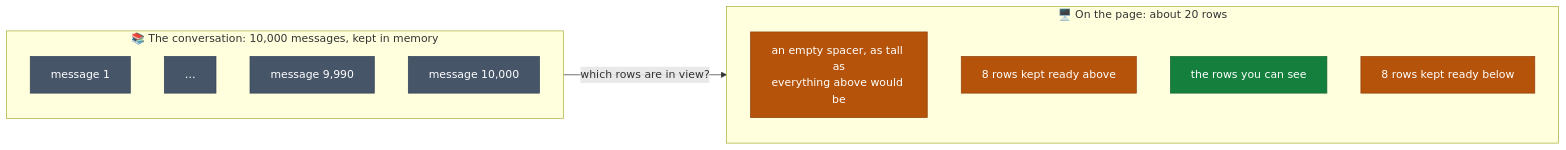
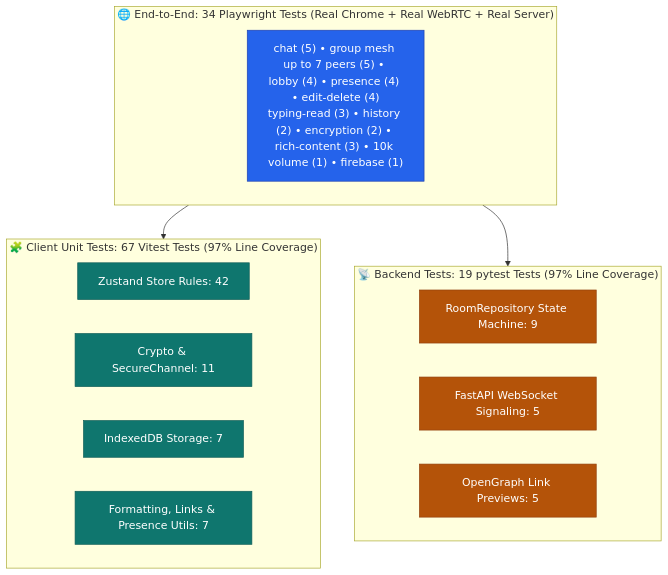
Before and after one commit to LitHaxor/webRTC-mesh-chat: the tenth of 10 diagrams in README.md, drawn with Mermaid. The commit also changed other lines of this file, not shown here.

Commit message:
edit: final readme update

````diff
--- a/README.md
+++ b/README.md
@@ -826,25 +718,26 @@
 ```mermaid
-flowchart LR
-  subgraph all["📚 The conversation: 10,000 messages, kept in memory"]
-    direction TB
-    A1["message 1"]
-    A2["…"]
-    A3["message 9,990"]
-    A4["message 10,000"]
+flowchart TD
+  subgraph e2e["🌐 End-to-End: 34 Playwright Tests (Real Chrome + Real WebRTC + Real Server)"]
+    E1["chat (5) • group mesh up to 7 peers (5) • lobby (4) • presence (4) • edit-delete (4)<br/>typing-read (3) • history (2) • encryption (2) • rich-content (3) • 10k volume (1) • firebase (1)"]
   end
-  subgraph page["🖥️ On the page: about 20 rows"]
-    direction TB
-    S1["an empty spacer, as tall as<br/>everything above would be"]
-    V1["8 rows kept ready above"]
-    V2["the rows you can see"]
-    V3["8 rows kept ready below"]
+  subgraph unit["🧩 Client Unit Tests: 67 Vitest Tests (97% Line Coverage)"]
+    U1["Zustand Store Rules: 42"]
+    U2["Crypto & SecureChannel: 11"]
+    U3["IndexedDB Storage: 7"]
+    U4["Formatting, Links & Presence Utils: 7"]
   end
-  all -->|"which rows are in view?"| page
+  subgraph server["📡 Backend Tests: 19 pytest Tests (97% Line Coverage)"]
+    S1["RoomRepository State Machine: 9"]
+    S2["FastAPI WebSocket Signaling: 5"]
+    S3["OpenGraph Link Previews: 5"]
+  end
+  e2e --> unit
+  e2e --> server
 
-  classDef data fill:#475569,stroke:#334155,color:#ffffff
-  classDef spare fill:#b45309,stroke:#92400e,color:#ffffff
-  classDef seen fill:#15803d,stroke:#166534,color:#ffffff
-  class A1,A2,A3,A4 data
-  class S1,V1,V3 spare
-  class V2 seen
+  classDef top fill:#2563eb,stroke:#1e40af,color:#ffffff
+  classDef mid fill:#0f766e,stroke:#115e59,color:#ffffff
+  classDef low fill:#b45309,stroke:#92400e,color:#ffffff
+  class E1 top
+  class U1,U2,U3,U4 mid
+  class S1,S2,S3 low
 ```
````
